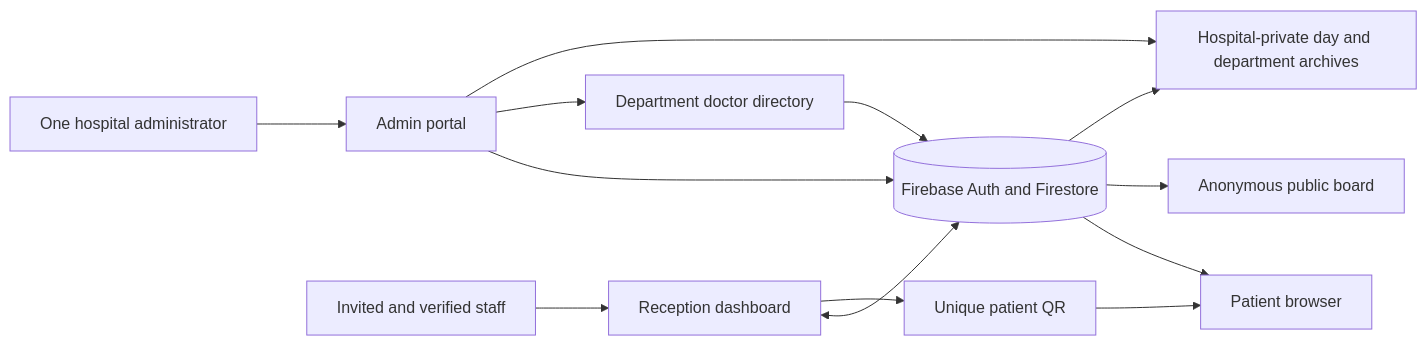
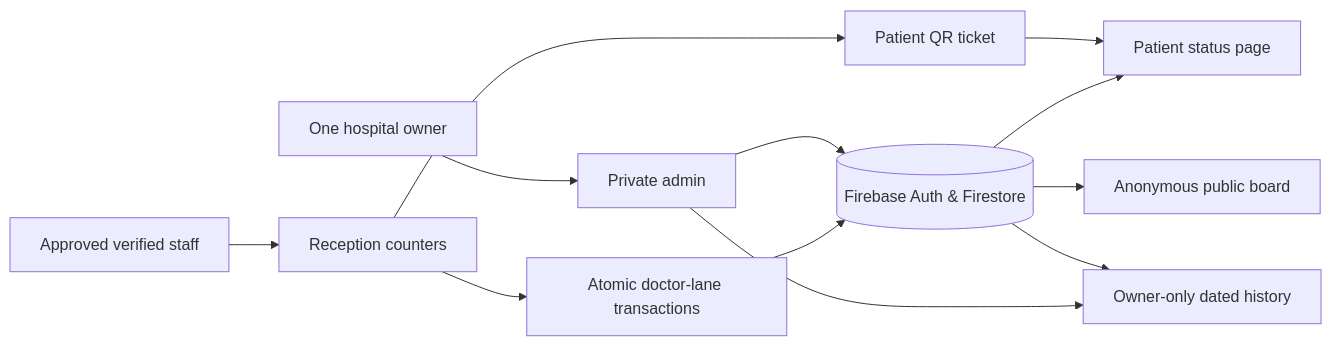
Before and after one commit to NittinChughani/TurnAhead: the diagram in README.md, drawn with Mermaid. The commit also changed other lines of this file and 24 other files, not shown here.

Commit message:
feat: TurnAhead v2.5 — synchronized doctor lanes, multi-counter reception, glass UI and visual README

````diff
--- a/README.md
+++ b/README.md
@@ -155,15 +106,14 @@
 ```mermaid
 flowchart LR
-  A[One hospital administrator] --> AP[Admin portal]
-  S[Invited and verified staff] --> D[Reception dashboard]
-  AP --> F[(Firebase Auth and Firestore)]
-  AP --> DOC[Department doctor directory]
-  DOC --> F
-  D <--> F
-  D --> QR[Unique patient QR]
-  QR --> P[Patient browser]
-  F --> P
-  F --> B[Anonymous public board]
-  F --> H[Hospital-private day and department archives]
-  AP --> H
+  OWNER[One hospital owner] --> ADMIN[Private admin]
+  STAFF[Approved verified staff] --> DESK[Reception counters]
+  ADMIN --> FB[(Firebase Auth & Firestore)]
+  DESK --> TX[Atomic doctor-lane transactions]
+  TX --> FB
+  DESK --> QR[Patient QR ticket]
+  QR --> TRACK[Patient status page]
+  FB --> TRACK
+  FB --> BOARD[Anonymous public board]
+  FB --> ARCHIVE[Owner-only dated history]
+  ADMIN --> ARCHIVE
 ```
````
